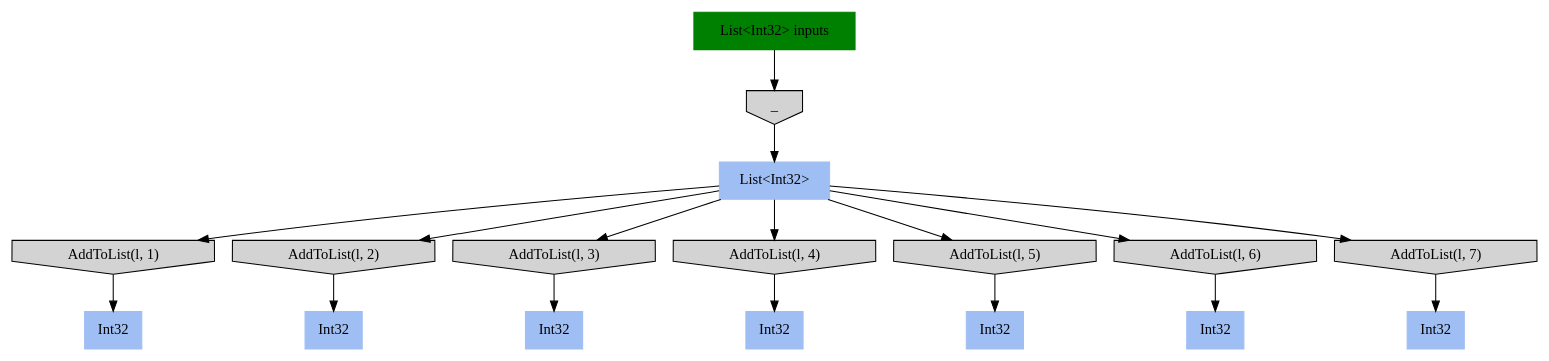
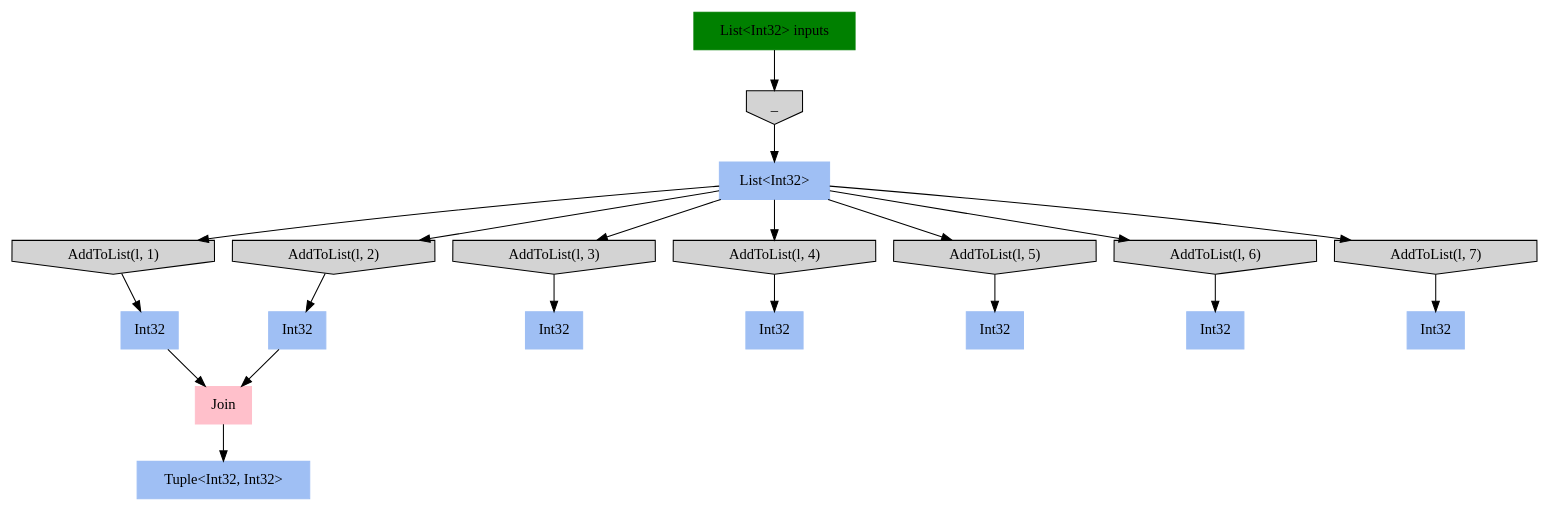
One commit to refactoring-pipelines/Pipelines changed the diagram in Refactoring.Pipelines.Test/_approvals/AsyncTest.ParallelRuns.approved.dot. Above: the diagram before and after it, drawn with Graphviz. The commit also changed 4 other files, not shown here.

```diff
--- a/Refactoring.Pipelines.Test/_approvals/AsyncTest.ParallelRuns.approved.dot
+++ b/Refactoring.Pipelines.Test/_approvals/AsyncTest.ParallelRuns.approved.dot
@@ -1,35 +1,38 @@
 digraph G { node [style=filled, shape=rec]
 
 # Nodes
 "List<Int32> inputs" -> "_" -> "List<Int32>"
 "List<Int32>" -> "AddToList(l, 1)" -> "Int32"
+{"Int32", "Int32 1"} -> "Join" -> "Tuple<Int32, Int32>"
 "List<Int32>" -> "AddToList(l, 2)" -> "Int32 1"
 "List<Int32>" -> "AddToList(l, 3)" -> "Int32 2"
 "List<Int32>" -> "AddToList(l, 4)" -> "Int32 3"
 "List<Int32>" -> "AddToList(l, 5)" -> "Int32 4"
 "List<Int32>" -> "AddToList(l, 6)" -> "Int32 5"
 "List<Int32>" -> "AddToList(l, 7)" -> "Int32 6"
 
 
 # Formatting
 "List<Int32> inputs" [color=green]
 "List<Int32>" [color="#9fbff4"]
 "_" [shape=invhouse]
 "Int32" [color="#9fbff4"]
 "AddToList(l, 1)" [shape=invhouse]
+"Tuple<Int32, Int32>" [color="#9fbff4"]
+"Join" [color=pink]
 "Int32 1" [label="Int32", color="#9fbff4"]
 "AddToList(l, 2)" [shape=invhouse]
 "Int32 2" [label="Int32", color="#9fbff4"]
 "AddToList(l, 3)" [shape=invhouse]
 "Int32 3" [label="Int32", color="#9fbff4"]
 "AddToList(l, 4)" [shape=invhouse]
 "Int32 4" [label="Int32", color="#9fbff4"]
 "AddToList(l, 5)" [shape=invhouse]
 "Int32 5" [label="Int32", color="#9fbff4"]
 "AddToList(l, 6)" [shape=invhouse]
 "Int32 6" [label="Int32", color="#9fbff4"]
 "AddToList(l, 7)" [shape=invhouse]
 
 
 
 }
```
